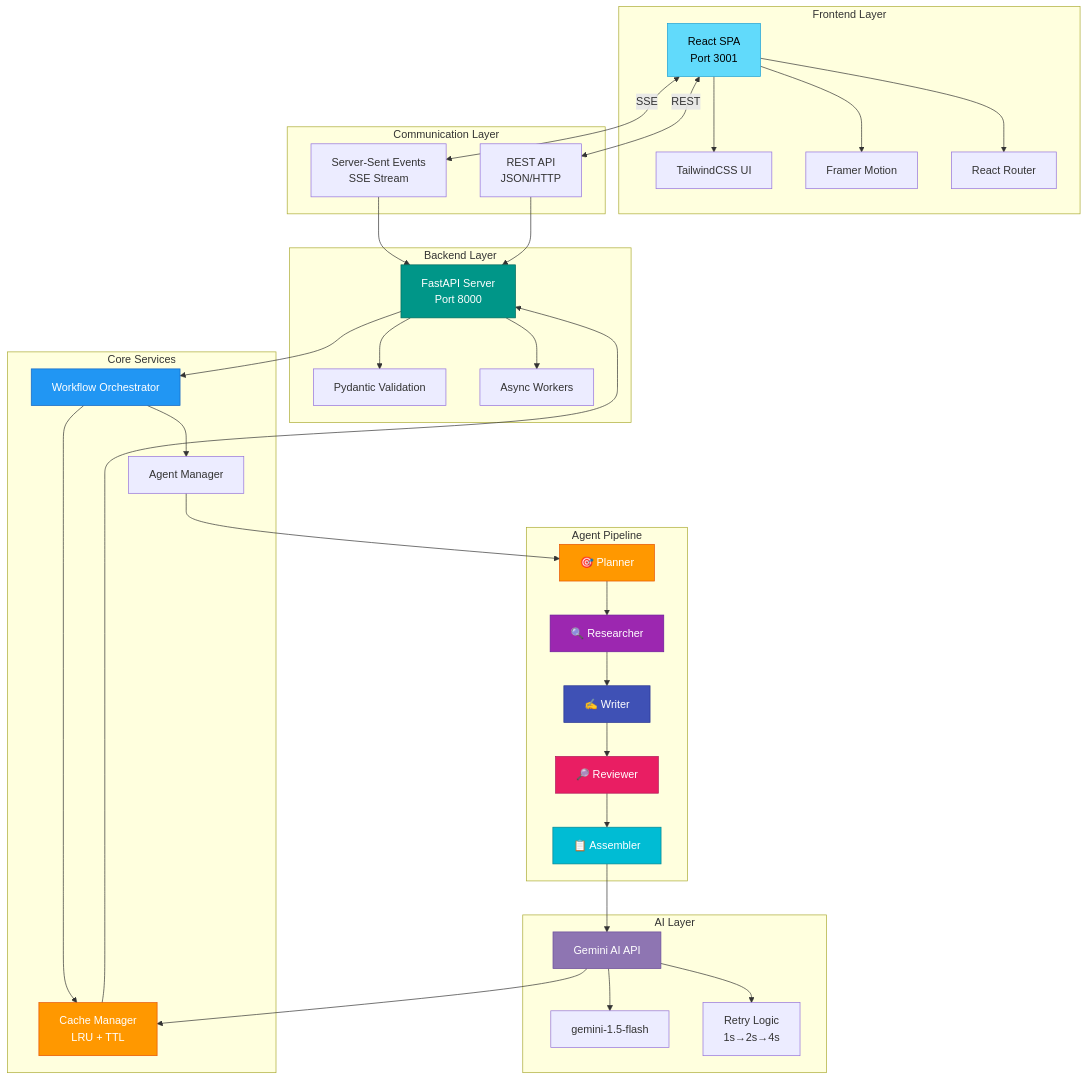
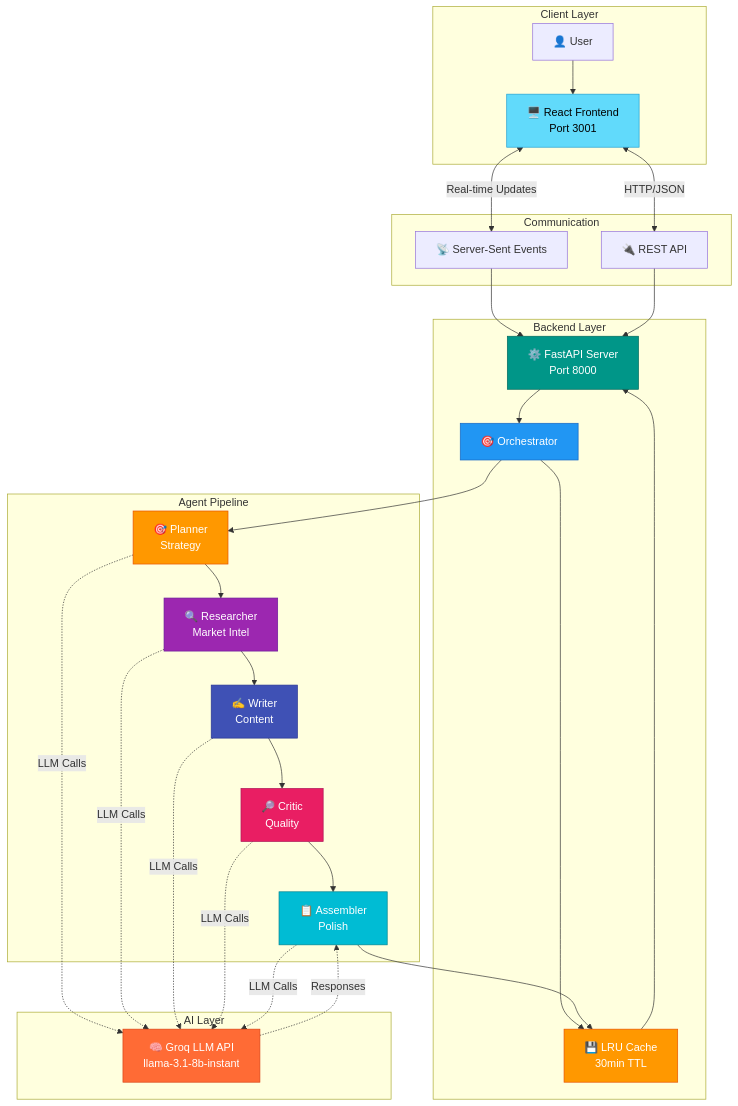
One commit to YatindraRai002/FlowForge-AI changed the diagram in README.md. Above: the diagram before and after it, drawn with Mermaid. The commit also changed other lines of this file, not shown here.

Commit message:
docs: Add professional architecture diagram to README

````diff
--- a/README.md
+++ b/README.md
@@ -131,71 +219,55 @@
 ```mermaid
 graph TB
-    subgraph "Frontend Layer"
-        A[React SPA<br/>Port 3001]
-        A1[TailwindCSS UI]
-        A2[Framer Motion]
-        A3[React Router]
-        A --> A1
-        A --> A2
-        A --> A3
+    subgraph "Client Layer"
+        U[👤 User]
+        UI[🖥️ React Frontend<br/>Port 3001]
     end
     
-    subgraph "Communication Layer"
-        B[Server-Sent Events<br/>SSE Stream]
-        C[REST API<br/>JSON/HTTP]
+    subgraph "Communication"
+        SSE[📡 Server-Sent Events]
+        REST[🔌 REST API]
     end
     
     subgraph "Backend Layer"
-        D[FastAPI Server<br/>Port 8000]
-        D1[Pydantic Validation]
-        D2[Async Workers]
-        D --> D1
-        D --> D2
+        API[⚙️ FastAPI Server<br/>Port 8000]
+        ORCH[🎯 Orchestrator]
+        CACHE[💾 LRU Cache<br/>30min TTL]
     end
     
-    subgraph "Core Services"
-        E[Workflow Orchestrator]
-        F[Cache Manager<br/>LRU + TTL]
-        G[Agent Manager]
+    subgraph "Agent Pipeline"
+        A1[🎯 Planner<br/>Strategy]
+        A2[🔍 Researcher<br/>Market Intel]
+        A3[✍️ Writer<br/>Content]
+        A4[🔎 Critic<br/>Quality]
+        A5[📋 Assembler<br/>Polish]
     end
     
     subgraph "AI Layer"
-        H[Gemini AI API]
-        H1[gemini-1.5-flash]
-        H2[Retry Logic<br/>1s→2s→4s]
-        H --> H1
-        H --> H2
+        GROQ[🧠 Groq LLM API<br/>llama-3.1-8b-instant]
     end
     
-    subgraph "Agent Pipeline"
-        I1[🎯 Planner]
-        I2[🔍 Researcher]
-        I3[✍️ Writer]
-        I4[🔎 Reviewer]
-        I5[📋 Assembler]
-        I1 --> I2 --> I3 --> I4 --> I5
-    end
+    U --> UI
+    UI <-->|Real-time Updates| SSE
+    UI <-->|HTTP/JSON| REST
+    SSE --> API
+    REST --> API
+    API --> ORCH
+    ORCH --> CACHE
+    ORCH --> A1
+    A1 --> A2 --> A3 --> A4 --> A5
+    A1 & A2 & A3 & A4 & A5 -.->|LLM Calls| GROQ
+    GROQ -.->|Responses| A5
+    A5 --> CACHE
+    CACHE --> API
     
-    A <-->|SSE| B
-    A <-->|REST| C
-    B --> D
-    C --> D
-    D --> E
-    E --> F
-    E --> G
-    G --> I1
-    I5 --> H
-    H --> F
-    F --> D
-    
-    style A fill:#61DAFB,stroke:#21A0D2,color:#000
-    style D fill:#009688,stroke:#00695C,color:#fff
-    style E fill:#2196F3,stroke:#1565C0,color:#fff
-    style F fill:#FF9800,stroke:#E65100,color:#fff
-    style H fill:#8E75B2,stroke:#6A4C9A,color:#fff
-    style I1 fill:#FF9800,stroke:#E65100,color:#fff
-    style I2 fill:#9C27B0,stroke:#6A1B9A,color:#fff
-    style I3 fill:#3F51B5,stroke:#283593,color:#fff
-    style I4 fill:#E91E63,stroke:#AD1457,color:#fff
-    style I5 fill:#00BCD4,stroke:#00838F,color:#fff
+    style UI fill:#61DAFB,stroke:#21A0D2,color:#000
+    style API fill:#009688,stroke:#00695C,color:#fff
+    style ORCH fill:#2196F3,stroke:#1565C0,color:#fff
+    style CACHE fill:#FF9800,stroke:#E65100,color:#fff
+    style A1 fill:#FF9800,stroke:#E65100,color:#fff
+    style A2 fill:#9C27B0,stroke:#6A1B9A,color:#fff
+    style A3 fill:#3F51B5,stroke:#283593,color:#fff
+    style A4 fill:#E91E63,stroke:#AD1457,color:#fff
+    style A5 fill:#00BCD4,stroke:#00838F,color:#fff
+    style GROQ fill:#FF6B35,stroke:#D84315,color:#fff
 ```
````
